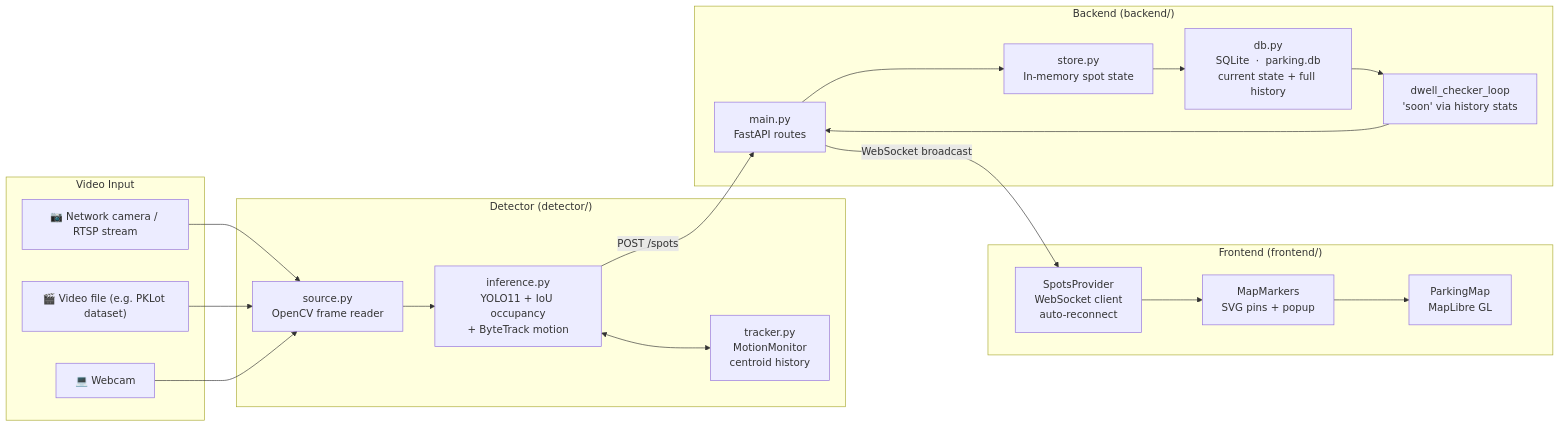
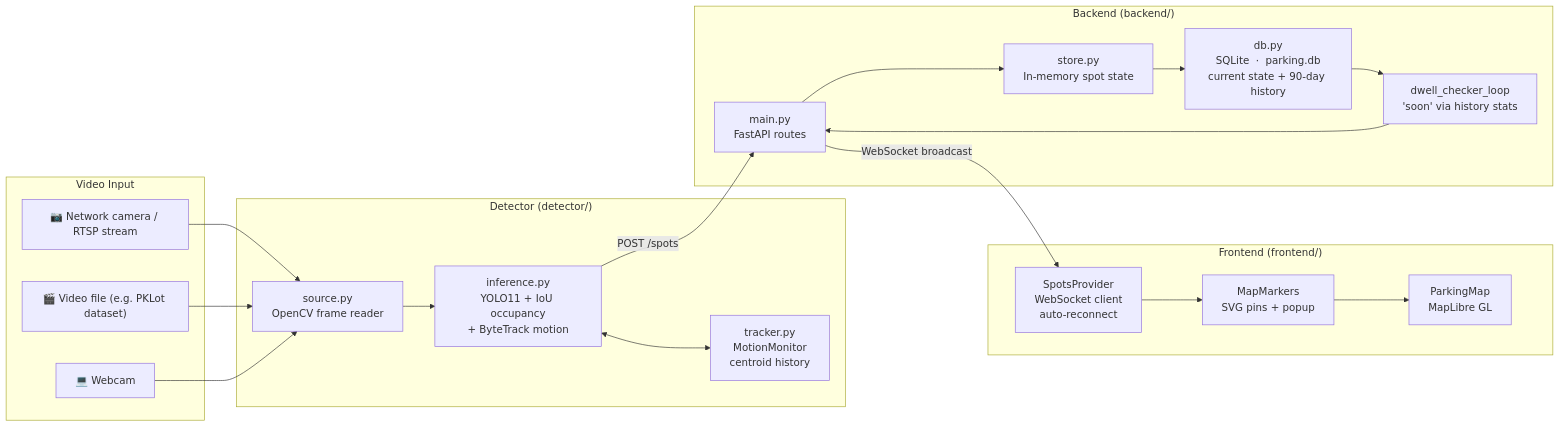
The diagram in README.md (demetrous/Smart-Parking-Detector), drawn with Mermaid before and after one commit. The commit also changed other lines of this file and 5 other files, not shown here.

First line of the commit message:
R0.2: tests, docs and roadmap close-out for WAL + history retention

````diff
--- a/README.md
+++ b/README.md
@@ -114,35 +114,35 @@
 ```mermaid
 flowchart LR
     subgraph input ["Video Input"]
         Cam["📷 Network camera / RTSP stream"]
         File["🎬 Video file (e.g. PKLot dataset)"]
         Web["💻 Webcam"]
     end
 
     subgraph detector ["Detector  (detector/)"]
         Src["source.py\nOpenCV frame reader"]
         Inf["inference.py\nYOLO11 + IoU occupancy\n+ ByteTrack motion"]
         Track["tracker.py\nMotionMonitor\ncentroid history"]
     end
 
     subgraph backend ["Backend  (backend/)"]
         API["main.py\nFastAPI routes"]
         Store["store.py\nIn-memory spot state"]
-        DB["db.py\nSQLite  ·  parking.db\ncurrent state + full history"]
+        DB["db.py\nSQLite  ·  parking.db\ncurrent state + 90-day history"]
         Dwell["dwell_checker_loop\n'soon' via history stats"]
     end
 
     subgraph frontend ["Frontend  (frontend/)"]
         WS["SpotsProvider\nWebSocket client\nauto-reconnect"]
         Map["ParkingMap\nMapLibre GL"]
         Pins["MapMarkers\nSVG pins + popup"]
     end
 
     Cam & File & Web --> Src --> Inf
     Inf <--> Track
     Inf -->|"POST /spots"| API
     API --> Store --> DB
     DB --> Dwell --> API
     API -->|"WebSocket broadcast"| WS
     WS --> Pins --> Map
 ```
````
